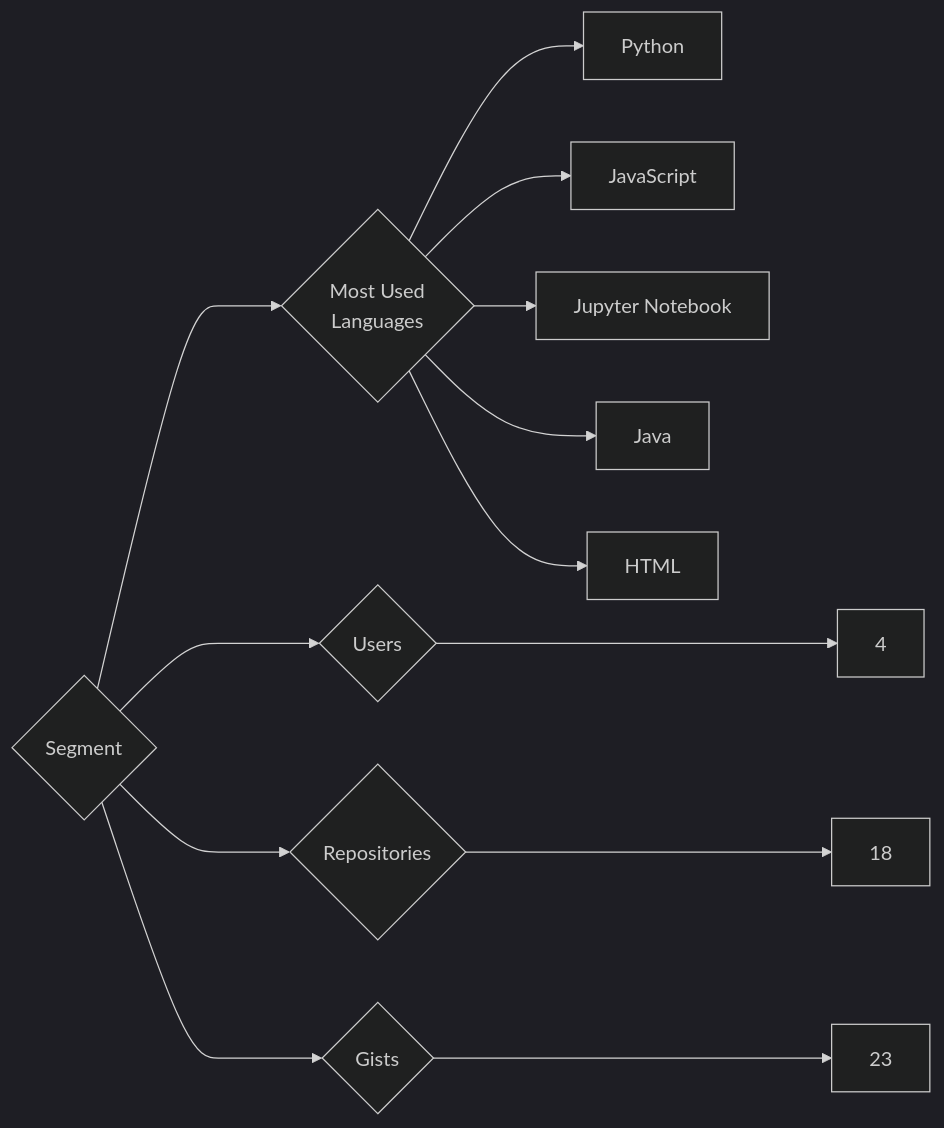
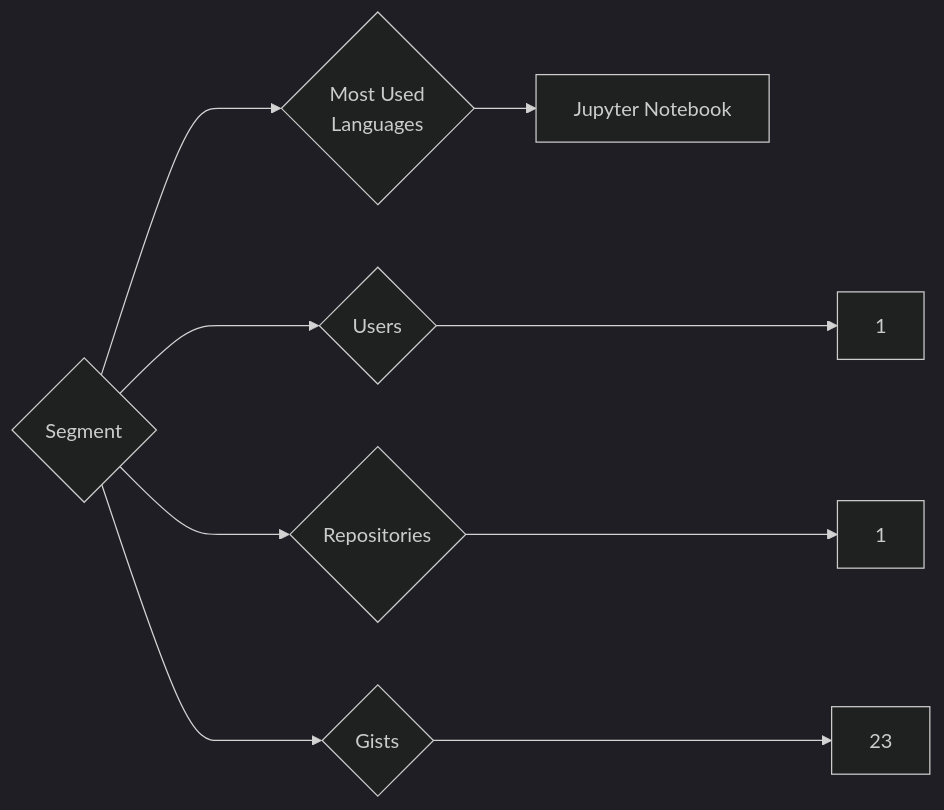
One commit to trickest/insiders changed the diagram in targets/Segment/README.md. Above: the diagram before and after it, drawn with Mermaid (dark theme). The commit also changed 582 other files, not shown here.

````diff
--- a/targets/Segment/README.md
+++ b/targets/Segment/README.md
@@ -3,13 +3,9 @@
 ```mermaid
 graph LR
 COMPANY_NAME{Segment}
-COMPANY_NAME ---> U{Users} ---> UN[4]
-COMPANY_NAME ---> R{Repositories} ---> RN[18]
+COMPANY_NAME ---> U{Users} ---> UN[1]
+COMPANY_NAME ---> R{Repositories} ---> RN[1]
 COMPANY_NAME ---> G{Gists} ---> GN[23]
 COMPANY_NAME ---> ML{Most Used<br>Languages}
-ML --> Python[Python]
-ML --> JavaScript[JavaScript]
 ML --> Jupyter_Notebook[Jupyter Notebook]
-ML --> Java[Java]
-ML --> HTML[HTML]
 ```
````
